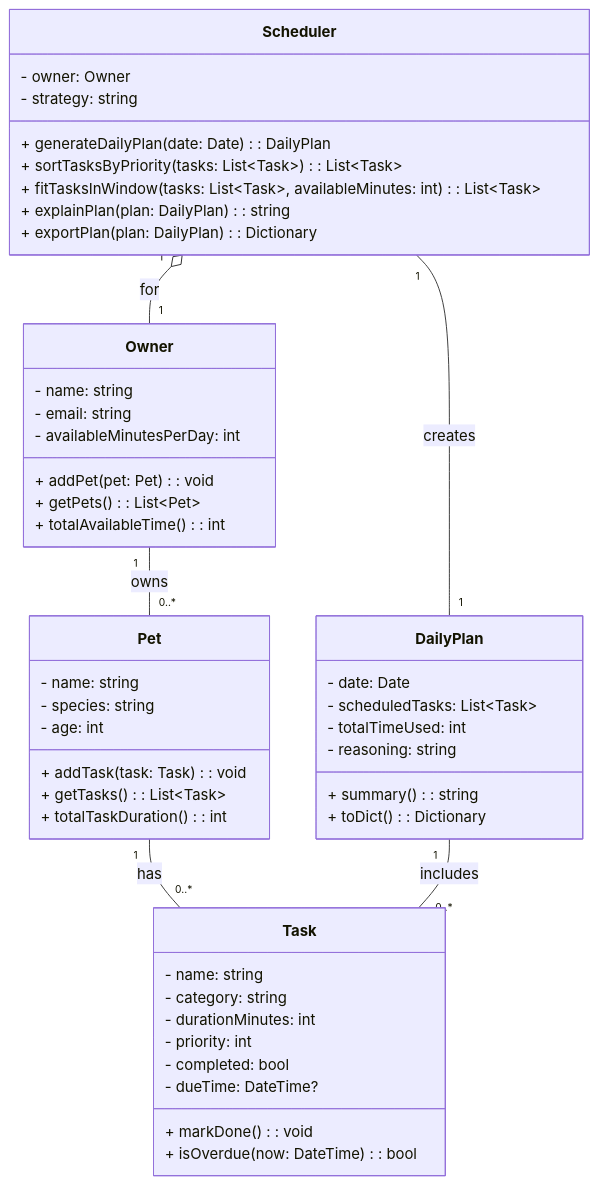
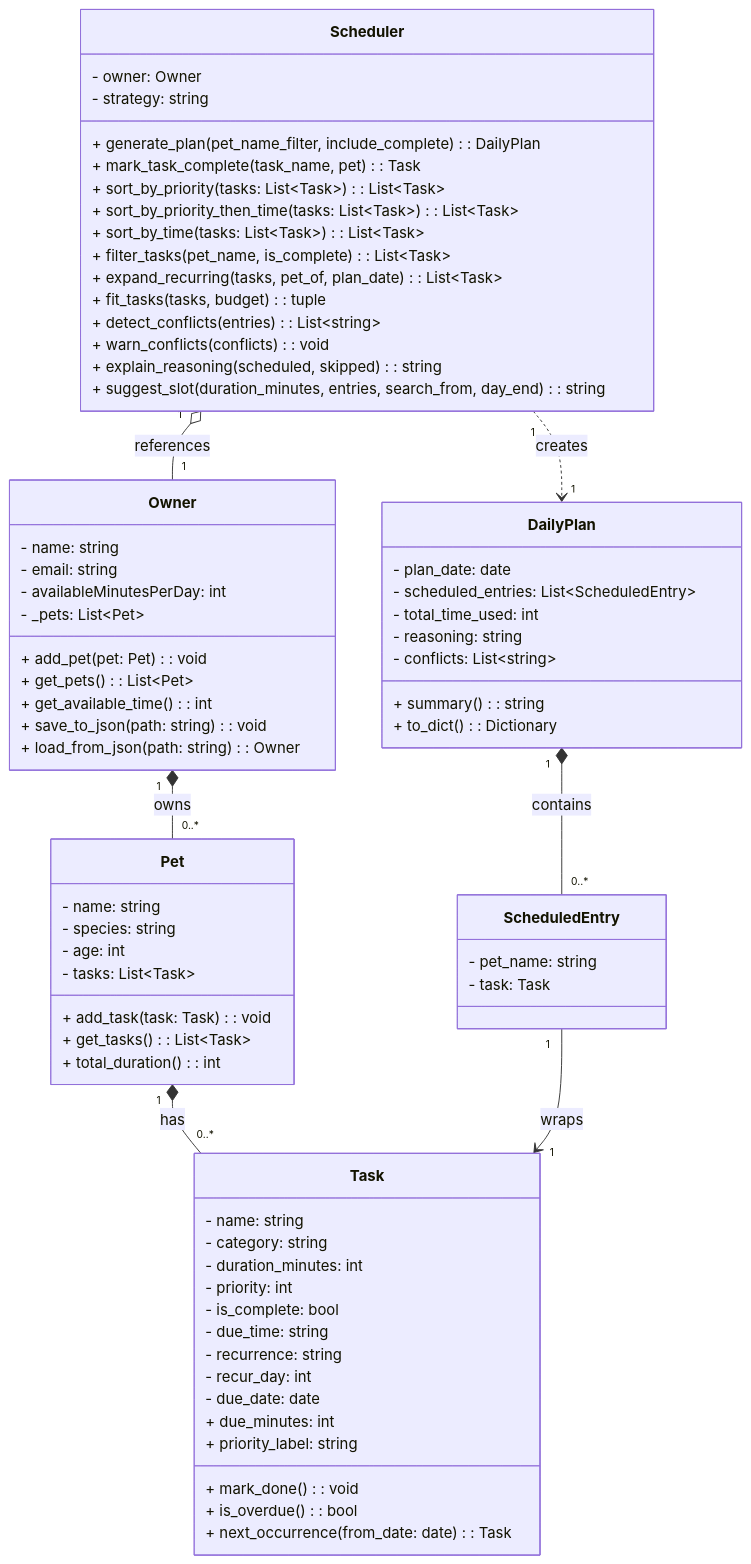
The diagram in reflection.md (AbdulazizArabov/ai110-module2show-pawpal-starter), drawn with Mermaid before and after one commit. The commit also changed other lines of this file and 7 other files, not shown here.

````diff
--- a/reflection.md
+++ b/reflection.md
@@ -29,56 +31,80 @@
 ```mermaid
 classDiagram
     class Owner {
         - name: string
         - email: string
         - availableMinutesPerDay: int
-        + addPet(pet: Pet): void
-        + getPets(): List~Pet~
-        + totalAvailableTime(): int
+        - _pets: List~Pet~
+        + add_pet(pet: Pet): void
+        + get_pets(): List~Pet~
+        + get_available_time(): int
+        + save_to_json(path: string): void
+        + load_from_json(path: string): Owner
     }
 
     class Pet {
         - name: string
         - species: string
         - age: int
-        + addTask(task: Task): void
-        + getTasks(): List~Task~
-        + totalTaskDuration(): int
+        - tasks: List~Task~
+        + add_task(task: Task): void
+        + get_tasks(): List~Task~
+        + total_duration(): int
     }
 
     class Task {
         - name: string
         - category: string
-        - durationMinutes: int
+        - duration_minutes: int
         - priority: int
-        - completed: bool
-        - dueTime: DateTime?
-        + markDone(): void
-        + isOverdue(now: DateTime): bool
+        - is_complete: bool
+        - due_time: string
+        - recurrence: string
+        - recur_day: int
+        - due_date: date
+        + due_minutes: int
+        + priority_label: string
+        + mark_done(): void
+        + is_overdue(): bool
+        + next_occurrence(from_date: date): Task
+    }
+
+    class ScheduledEntry {
+        - pet_name: string
+        - task: Task
     }
 
     class Scheduler {
         - owner: Owner
         - strategy: string
-        + generateDailyPlan(date: Date): DailyPlan
-        + sortTasksByPriority(tasks: List~Task~): List~Task~
-        + fitTasksInWindow(tasks: List~Task~, availableMinutes: int): List~Task~
-        + explainPlan(plan: DailyPlan): string
-        + exportPlan(plan: DailyPlan): Dictionary
+        + generate_plan(pet_name_filter, include_complete): DailyPlan
+        + mark_task_complete(task_name, pet): Task
+        + sort_by_priority(tasks: List~Task~): List~Task~
+        + sort_by_priority_then_time(tasks: List~Task~): List~Task~
+        + sort_by_time(tasks: List~Task~): List~Task~
+        + filter_tasks(pet_name, is_complete): List~Task~
+        + expand_recurring(tasks, pet_of, plan_date): List~Task~
+        + fit_tasks(tasks, budget): tuple
+        + detect_conflicts(entries): List~string~
+        + warn_conflicts(conflicts): void
+        + explain_reasoning(scheduled, skipped): string
+        + suggest_slot(duration_minutes, entries, search_from, day_end): string
     }
 
     class DailyPlan {
-        - date: Date
-        - scheduledTasks: List~Task~
-        - totalTimeUsed: int
+        - plan_date: date
+        - scheduled_entries: List~ScheduledEntry~
+        - total_time_used: int
         - reasoning: string
+        - conflicts: List~string~
         + summary(): string
-        + toDict(): Dictionary
+        + to_dict(): Dictionary
     }
 
-    Owner "1" -- "0..*" Pet : owns
-    Pet "1" -- "0..*" Task : has
-    Scheduler "1" o-- "1" Owner : for
-    Scheduler "1" -- "1" DailyPlan : creates
-    DailyPlan "1" -- "0..*" Task : includes
+    Owner "1" *-- "0..*" Pet : owns
+    Pet "1" *-- "0..*" Task : has
+    Scheduler "1" o-- "1" Owner : references
+    Scheduler "1" ..> "1" DailyPlan : creates
+    DailyPlan "1" *-- "0..*" ScheduledEntry : contains
+    ScheduledEntry "1" --> "1" Task : wraps
 ```
````
